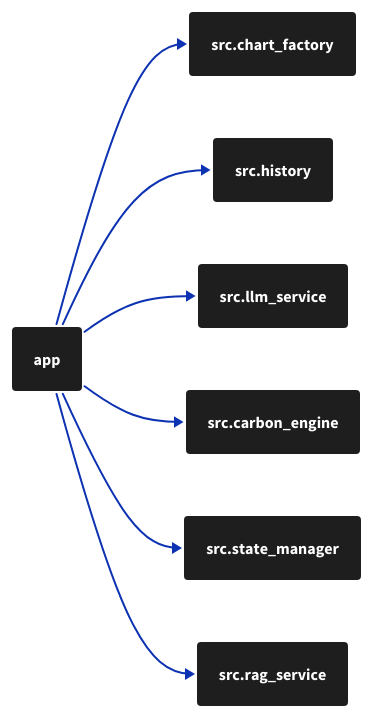
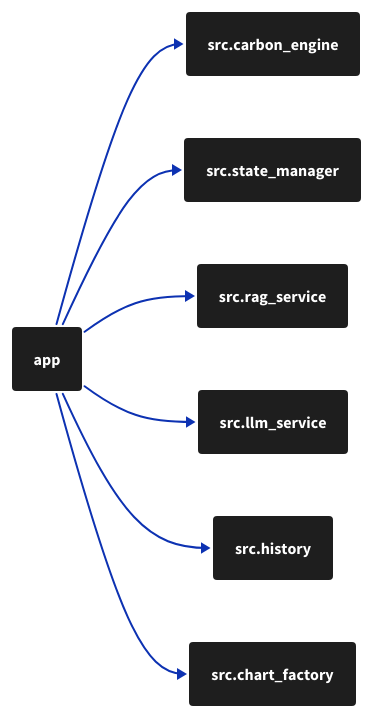
Before and after one commit to hitanshuac/yeti-tracker: the diagram in docs/assets/auto_architecture.d2, drawn with D2. The commit also changed other lines of this file and 13 other files, not shown here.

```diff
--- a/docs/assets/auto_architecture.d2
+++ b/docs/assets/auto_architecture.d2
@@ -1,27 +1,27 @@
 direction: right
 classes: {
   module: {
     shape: rectangle
     style: {
       border-radius: 5
       fill: "#1e1e1e"
       stroke: "#ffffff"
       font-color: "#ffffff"
     }
   }
 }
 
 app: app { class: module }
 src_carbon_engine: src.carbon_engine { class: module }
 src_chart_factory: src.chart_factory { class: module }
 src_history: src.history { class: module }
 src_llm_service: src.llm_service { class: module }
 src_rag_service: src.rag_service { class: module }
 src_state_manager: src.state_manager { class: module }
 
-app -> src_chart_factory
-app -> src_history
-app -> src_llm_service
 app -> src_carbon_engine
 app -> src_state_manager
 app -> src_rag_service
+app -> src_llm_service
+app -> src_history
+app -> src_chart_factory
```
